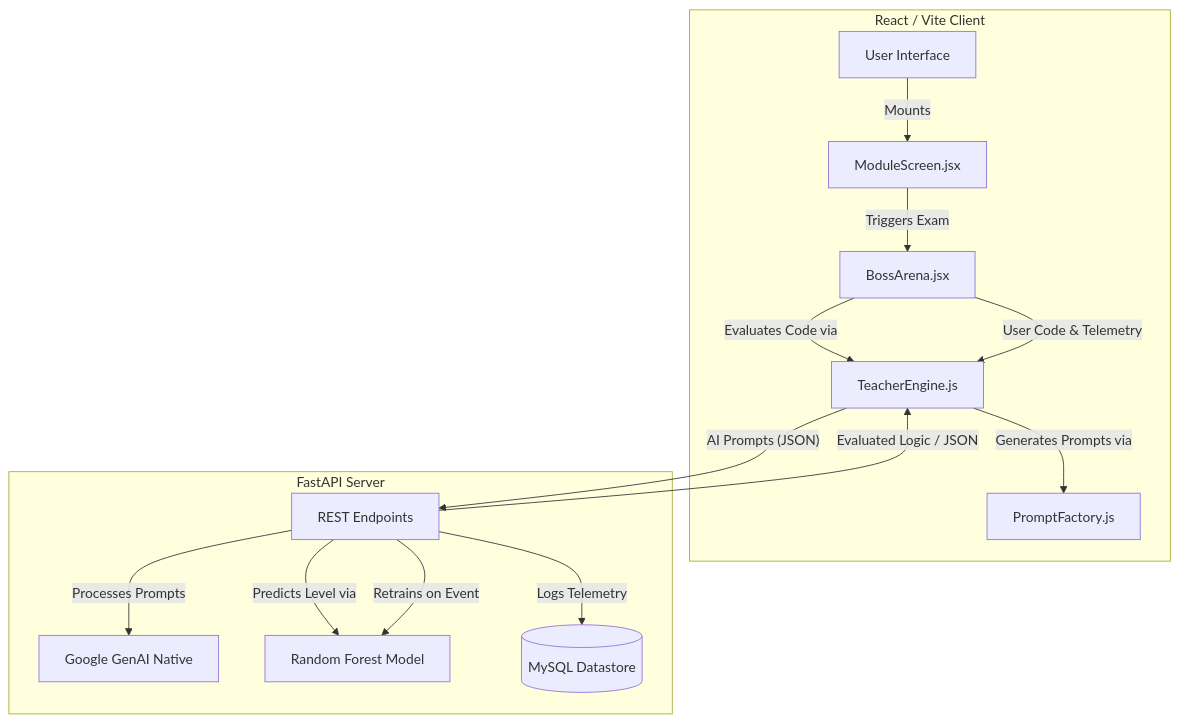
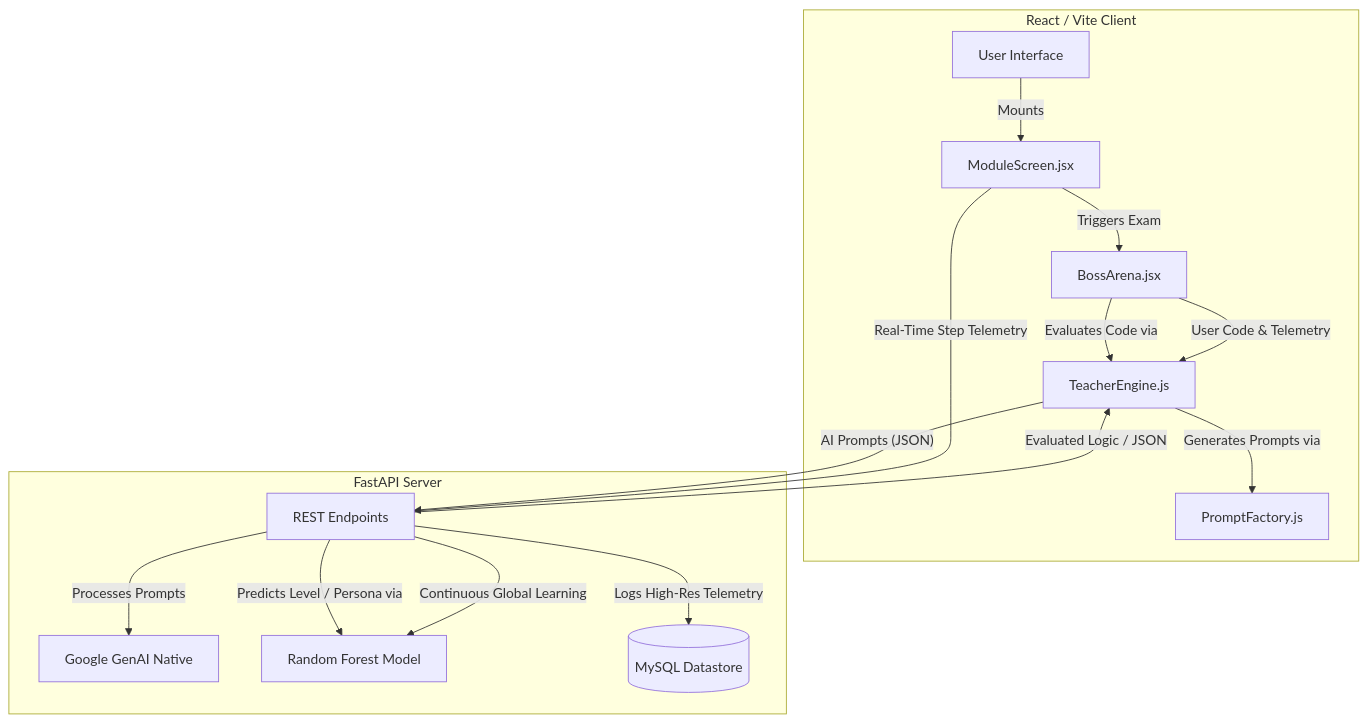
Before and after one commit to Asvind7/nexgen: the diagram in README.md, drawn with Mermaid. The commit also changed other lines of this file and 8 other files, not shown here.

Commit message:
docs: update algorithms and documentation for high-resolution telemetry

````diff
--- a/README.md
+++ b/README.md
@@ -57,32 +63,33 @@
 ```mermaid
 graph TD
     subgraph Frontend [React / Vite Client]
         UI[User Interface]
         BA[BossArena.jsx]
         MS[ModuleScreen.jsx]
         TE[TeacherEngine.js]
         PF[PromptFactory.js]
         
         UI -->|Mounts| MS
         MS -->|Triggers Exam| BA
         BA -->|Evaluates Code via| TE
         TE -->|Generates Prompts via| PF
     end
 
     subgraph Backend [FastAPI Server]
         API[REST Endpoints]
         GEN[Google GenAI Native]
         ML[Random Forest Model]
         DB[(MySQL Datastore)]
         
         API -->|Processes Prompts| GEN
-        API -->|Predicts Level via| ML
-        API -->|Logs Telemetry| DB
+        API -->|Predicts Level / Persona via| ML
+        API -->|Logs High-Res Telemetry| DB
     end
 
     %% Interactions
     TE -- "AI Prompts (JSON)" --> API
     API -- "Evaluated Logic / JSON" --> TE
     BA -- "User Code & Telemetry" --> TE
-    API -- "Retrains on Event" --> ML
+    MS -- "Real-Time Step Telemetry" --> API
+    API -- "Continuous Global Learning" --> ML
 ```
````
